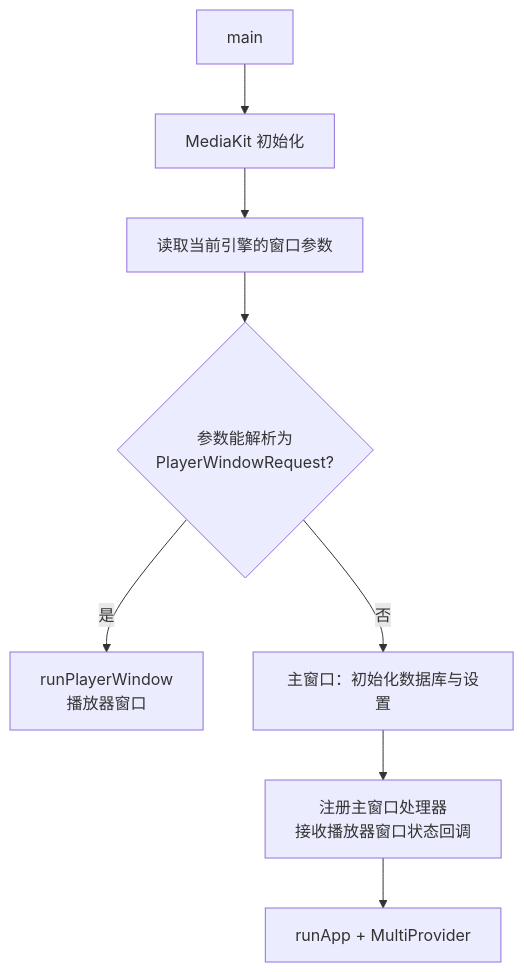
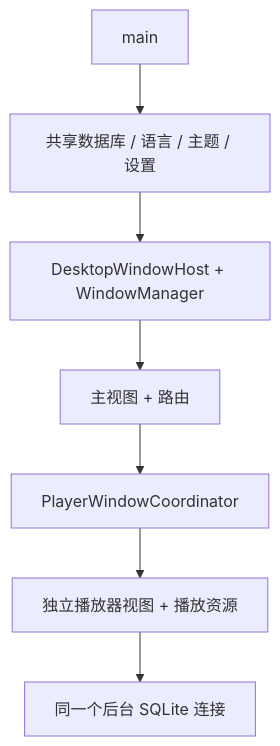
Before and after one commit to sen-to/mochi_player: the second of 2 diagrams in docs/architecture/overview.md, drawn with Mermaid. The commit also changed other lines of this file and 70 other files, not shown here.

````diff
--- a/docs/architecture/overview.md
+++ b/docs/architecture/overview.md
@@ -41,10 +41,9 @@
 ```mermaid
 flowchart TD
-  M[main] --> K[MediaKit 初始化]
-  K --> W[读取当前引擎的窗口参数]
-  W --> Q{参数能解析为<br/>PlayerWindowRequest?}
-  Q -->|是| P[runPlayerWindow<br/>播放器窗口]
-  Q -->|否| H[主窗口：初始化数据库与设置]
-  H --> S[注册主窗口处理器<br/>接收播放器窗口状态回调]
-  S --> R[runApp + MultiProvider]
+  M[main] --> S[共享数据库 / 语言 / 主题 / 设置]
+  S --> H[DesktopWindowHost + WindowManager]
+  H --> A[主视图 + 路由]
+  A --> C[PlayerWindowCoordinator]
+  C --> P[独立播放器视图 + 播放资源]
+  P --> DB[同一个后台 SQLite 连接]
 ```
````
